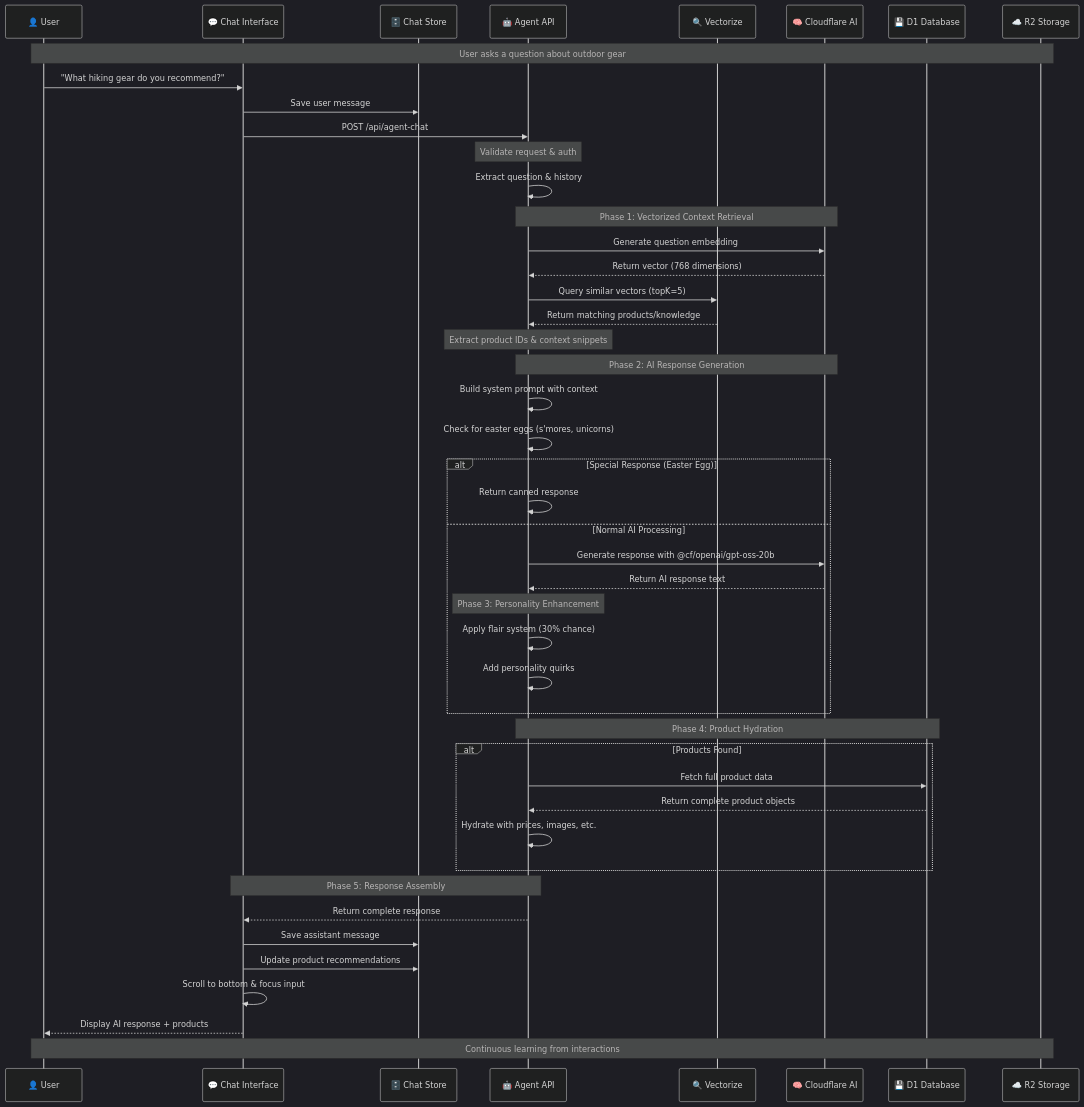
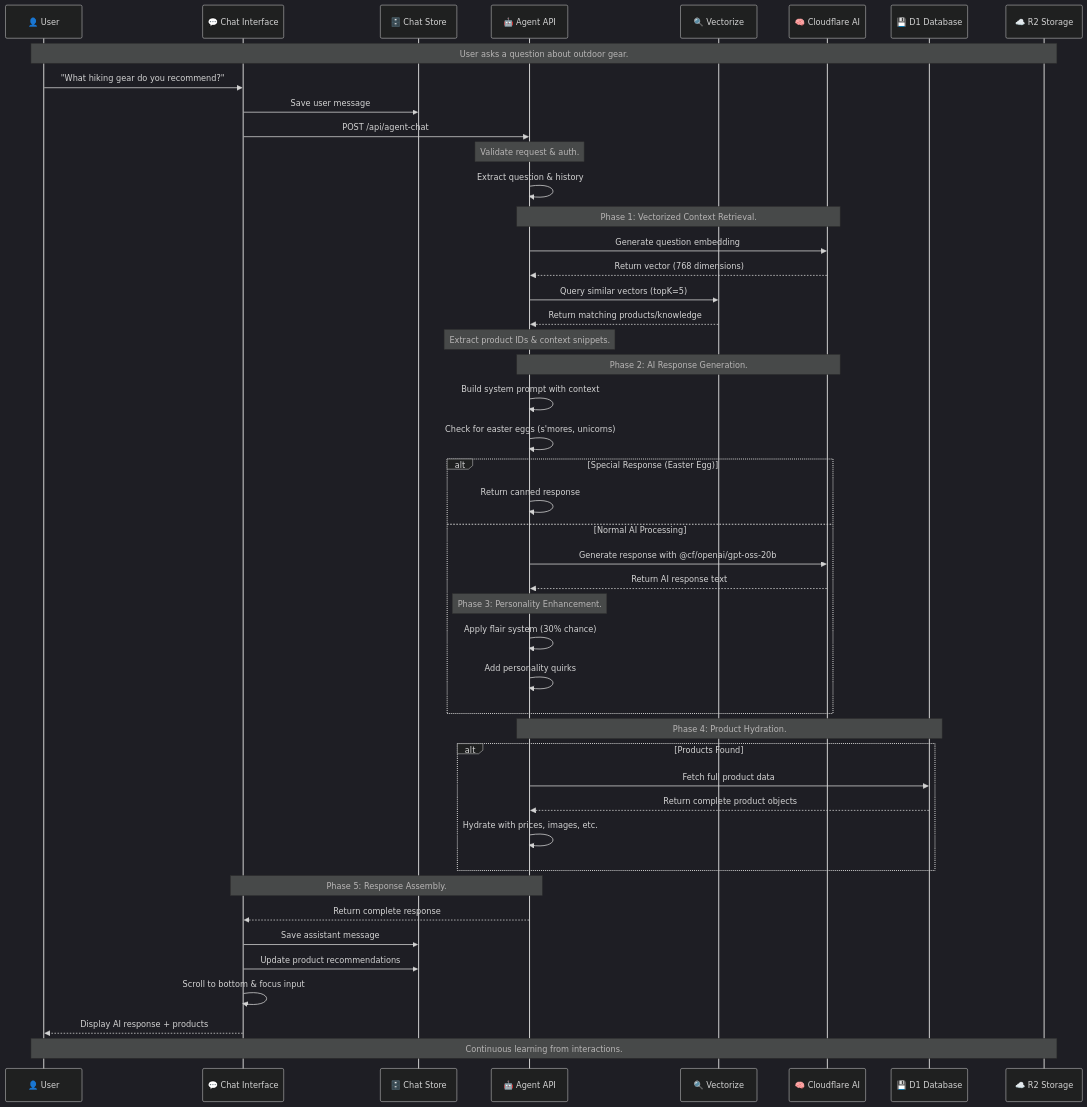
The first of 4 diagrams in docs/ai-pipeline.md (russellkmoore/mercora), drawn with Mermaid (dark theme) before and after one commit. The commit also changed other lines of this file and 5 other files, not shown here.

````diff
--- a/docs/ai-pipeline.md
+++ b/docs/ai-pipeline.md
@@ -5,60 +12,48 @@
 ```mermaid
 sequenceDiagram
     participant User as 👤 User
     participant UI as 💬 Chat Interface
     participant Store as 🗄️ Chat Store
     participant API as 🤖 Agent API
     participant Vec as 🔍 Vectorize
     participant AI as 🧠 Cloudflare AI
     participant DB as 💾 D1 Database
     participant R2 as ☁️ R2 Storage
-
-    Note over User, R2: User asks a question about outdoor gear
-
+    Note over User, R2: User asks a question about outdoor gear.
     User->>UI: "What hiking gear do you recommend?"
     UI->>Store: Save user message
     UI->>API: POST /api/agent-chat
-
-    Note over API: Validate request & auth
+    Note over API: Validate request & auth.
     API->>API: Extract question & history
-
-    Note over API, AI: Phase 1: Vectorized Context Retrieval
+    Note over API, AI: Phase 1: Vectorized Context Retrieval.
     API->>AI: Generate question embedding
     AI-->>API: Return vector (768 dimensions)
-    
     API->>Vec: Query similar vectors (topK=5)
     Vec-->>API: Return matching products/knowledge
-    
-    Note over API: Extract product IDs & context snippets
-
-    Note over API, AI: Phase 2: AI Response Generation
+    Note over API: Extract product IDs & context snippets.
+    Note over API, AI: Phase 2: AI Response Generation.
     API->>API: Build system prompt with context
     API->>API: Check for easter eggs (s'mores, unicorns)
-    
     alt Special Response (Easter Egg)
         API->>API: Return canned response
     else Normal AI Processing
         API->>AI: Generate response with @cf/openai/gpt-oss-20b
         AI-->>API: Return AI response text
-        
-        Note over API: Phase 3: Personality Enhancement
+        Note over API: Phase 3: Personality Enhancement.
         API->>API: Apply flair system (30% chance)
         API->>API: Add personality quirks
     end
-
-    Note over API, DB: Phase 4: Product Hydration
+    Note over API, DB: Phase 4: Product Hydration.
     alt Products Found
         API->>DB: Fetch full product data
         DB-->>API: Return complete product objects
         API->>API: Hydrate with prices, images, etc.
     end
-
-    Note over API, UI: Phase 5: Response Assembly
+    Note over API, UI: Phase 5: Response Assembly.
     API-->>UI: Return complete response
     UI->>Store: Save assistant message
     UI->>Store: Update product recommendations
     UI->>UI: Scroll to bottom & focus input
     UI-->>User: Display AI response + products
-
-    Note over User, R2: Continuous learning from interactions
+    Note over User, R2: Continuous learning from interactions.
 ```
````
